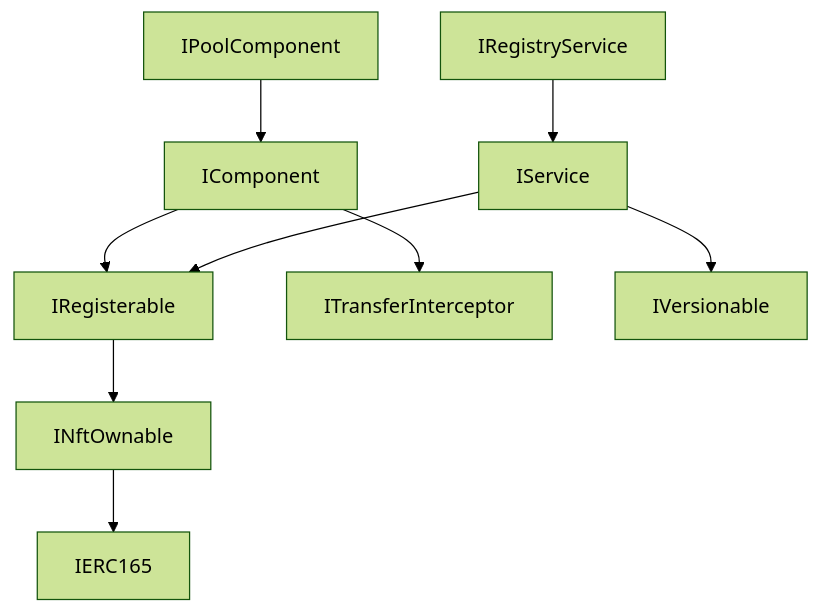
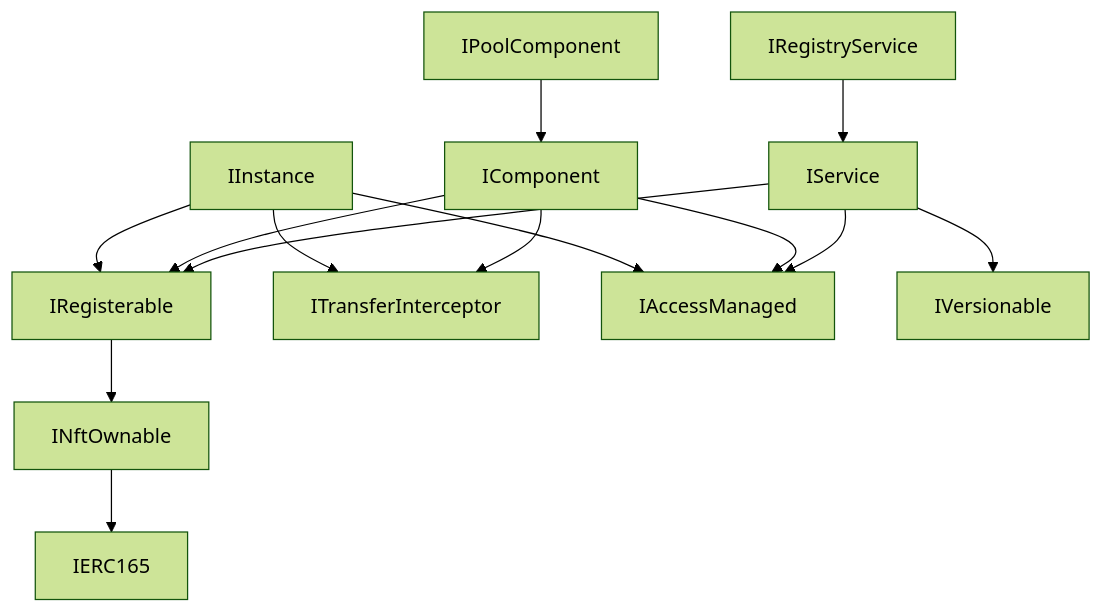
One commit to etherisc/gif-next changed the first of 3 diagrams in README.md. Above: the diagram before and after it, drawn with Mermaid (forest theme). The commit also changed 10 other files, not shown here.

Commit message:
add IAccessManaged to IService and IComponent

````diff
--- a/README.md
+++ b/README.md
@@ -4,11 +4,16 @@
 ```mermaid
   graph TD
+      IInstance --> IRegisterable
+      IInstance --> ITransferInterceptor
+      IInstance --> IAccessManaged
       IPoolComponent --> IComponent
       IComponent --> IRegisterable
       IComponent --> ITransferInterceptor
+      IComponent --> IAccessManaged
       IRegistryService --> IService
       IService-->IRegisterable
       IService-->IVersionable
+      IService-->IAccessManaged
       IRegisterable-->INftOwnable
       INftOwnable-->IERC165
 ```
````
